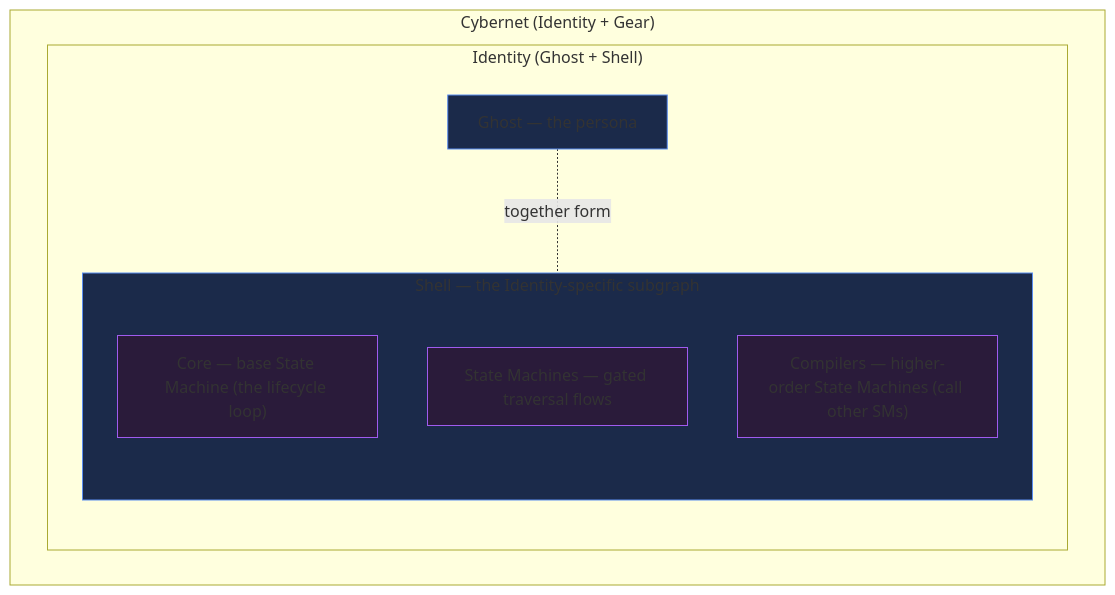
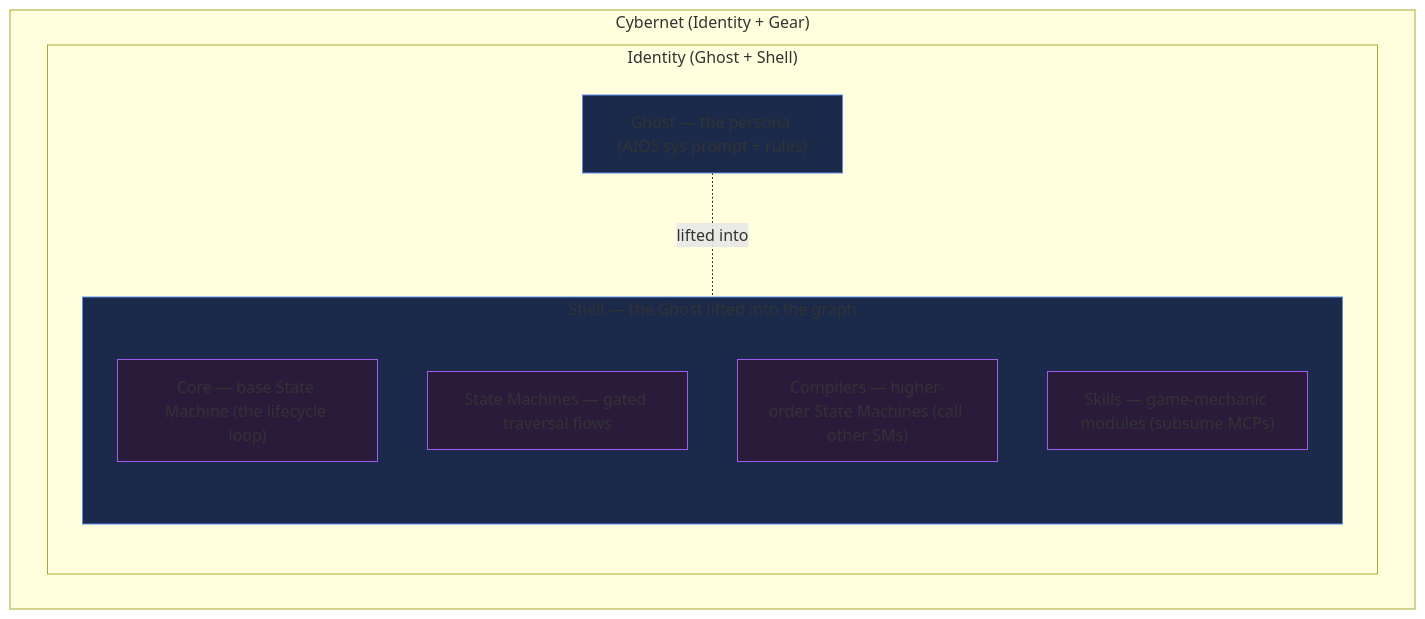
The first of 4 diagrams in DESIGN.md (sancovp/cyberneticircus), drawn with Mermaid before and after one commit. The commit also changed other lines of this file, not shown here.

First line of the commit message:
docs(ontology): Ghost=AIOS prompt+rules, Shell=Ghost-lifted-into-graph, Gear+=Skills, Sh8peshift=the act

````diff
--- a/DESIGN.md
+++ b/DESIGN.md
@@ -270,18 +270,19 @@
 ```mermaid
 flowchart TB
     subgraph Cybernet["Cybernet  (Identity + Gear)"]
         subgraph Identity["Identity  (Ghost + Shell)"]
-            Ghost["Ghost — the persona"]
-            subgraph Shell["Shell — the Identity-specific subgraph"]
+            Ghost["Ghost — the persona (AIOS sys prompt + rules)"]
+            subgraph Shell["Shell — the Ghost lifted into the graph"]
                 Core["Core — base State Machine (the lifecycle loop)"]
                 SM["State Machines — gated traversal flows"]
                 Comp["Compilers — higher-order State Machines (call other SMs)"]
+                Skills["Skills — game-mechanic modules (subsume MCPs)"]
             end
         end
     end
-    Ghost -. together form .- Shell
+    Ghost -. lifted into .- Shell
     classDef id fill:#1b2a4a,stroke:#5b8def;
     classDef gear fill:#2a1b3a,stroke:#a05bef;
     class Ghost,Shell id;
-    class Core,SM,Comp gear;
+    class Core,SM,Comp,Skills gear;
 ```
````
